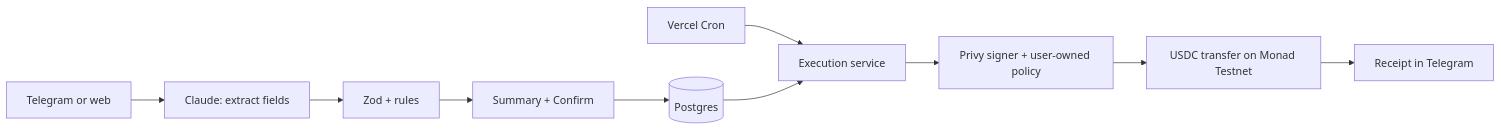
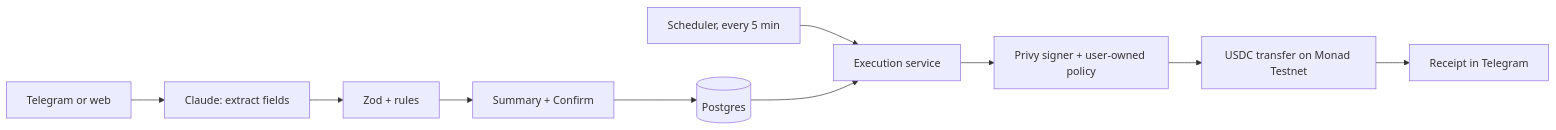
One commit to PinnacleCryptNG/auctra changed the diagram in README.md. Above: the diagram before and after it, drawn with Mermaid. The commit also changed other lines of this file and 2 other files, not shown here.

First line of the commit message:
Get the repo ready for launch: scheduler every 5 minutes, setup docs

````diff
--- a/README.md
+++ b/README.md
@@ -45,12 +45,12 @@
 ```mermaid
 flowchart LR
   U[Telegram or web] --> C[Claude: extract fields]
   C --> V[Zod + rules]
   V --> S[Summary + Confirm]
   S --> DB[(Postgres)]
-  Cron[Vercel Cron] --> E[Execution service]
+  Cron[Scheduler, every 5 min] --> E[Execution service]
   DB --> E
   E --> P[Privy signer + user-owned policy]
   P --> M[USDC transfer on Monad Testnet]
   M --> R[Receipt in Telegram]
 ```
````
